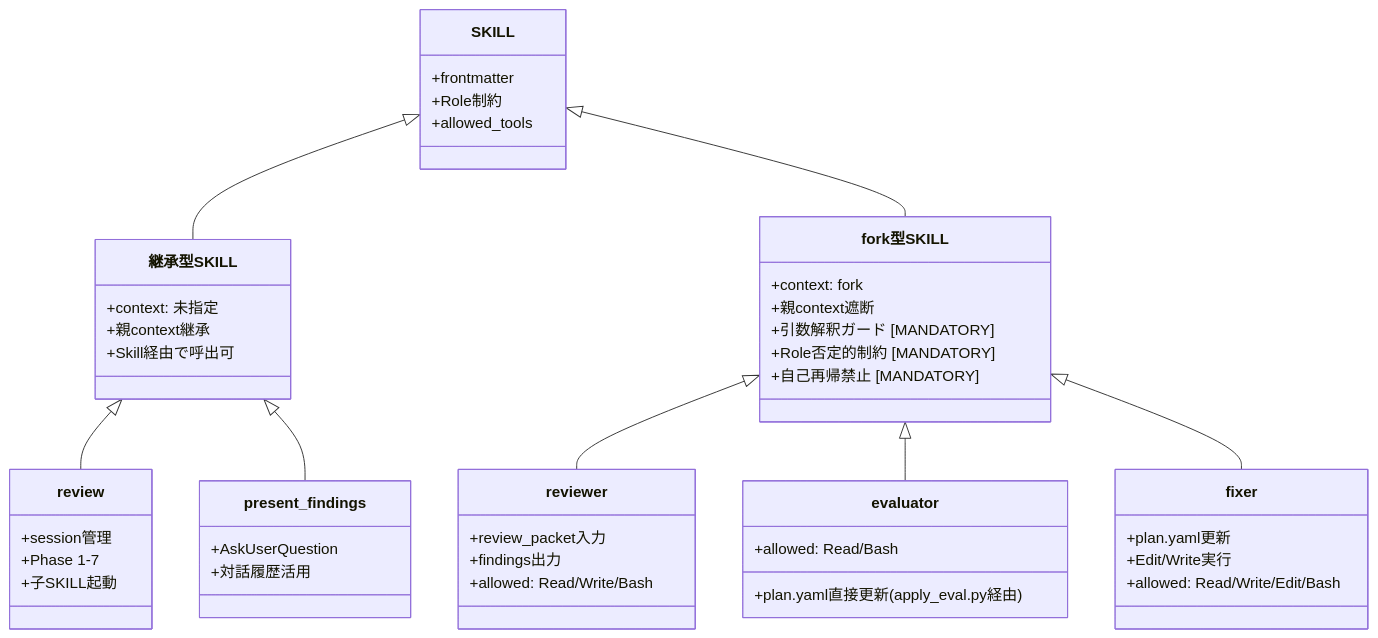
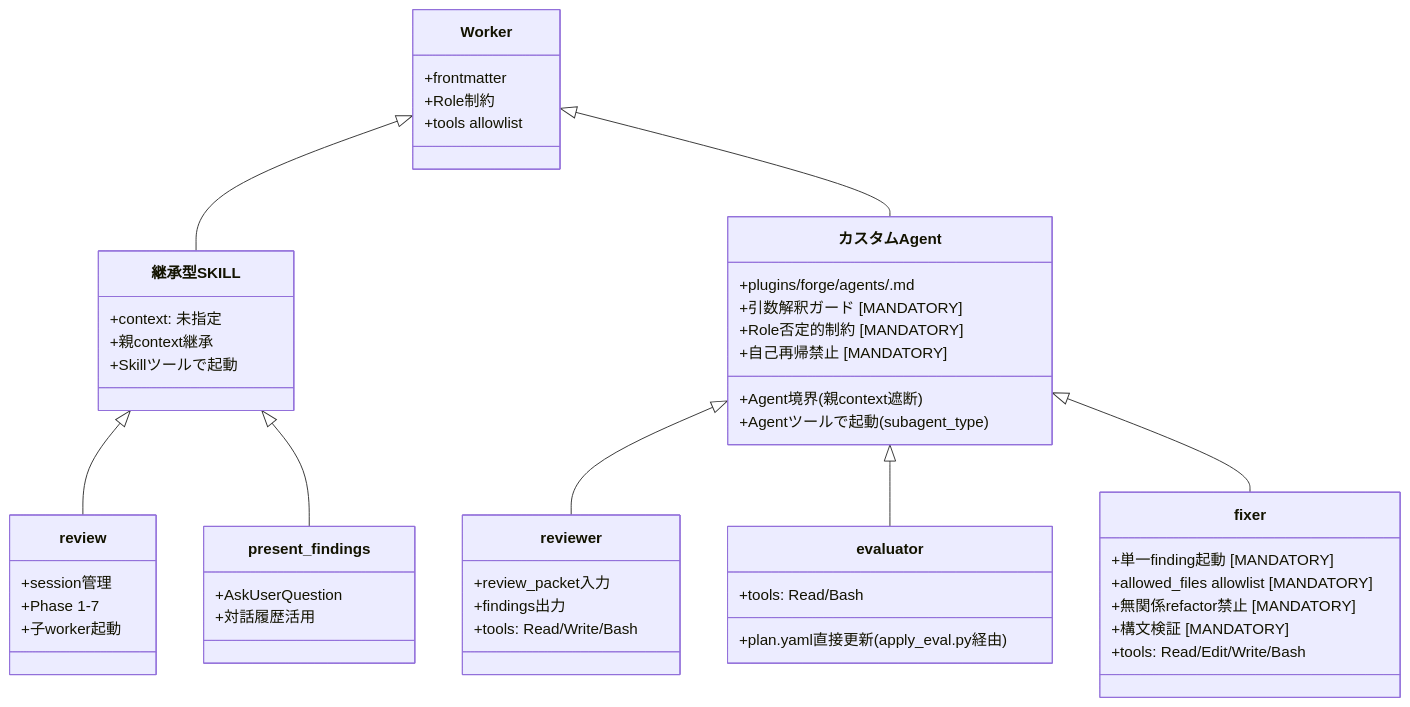
Before and after one commit to BlueEventHorizon/bw-cc-plugins: the second of 4 diagrams in docs/specs/forge/design/DES-029_skill_agent_launch_contract_design.md, drawn with Mermaid. The commit also changed other lines of this file and 19 other files, not shown here.

First line of the commit message:
chore(no-fork-skill): TASK-017 merge-specs fold (REQ-006/DES-032 を既存 spec へ統合)

````diff
--- a/docs/specs/forge/design/DES-029_skill_agent_launch_contract_design.md
+++ b/docs/specs/forge/design/DES-029_skill_agent_launch_contract_design.md
@@ -129,58 +139,61 @@
 ```mermaid
 classDiagram
-    class SKILL {
+    class Worker {
         +frontmatter
         +Role制約
-        +allowed_tools
+        +tools allowlist
     }
 
     class 継承型SKILL {
         +context: 未指定
         +親context継承
-        +Skill経由で呼出可
+        +Skillツールで起動
     }
 
-    class fork型SKILL {
-        +context: fork
-        +親context遮断
+    class カスタムAgent {
+        +plugins/forge/agents/<name>.md
+        +Agent境界(親context遮断)
+        +Agentツールで起動 (subagent_type)
         +引数解釈ガード [MANDATORY]
         +Role否定的制約 [MANDATORY]
         +自己再帰禁止 [MANDATORY]
     }
 
     class review {
         +session管理
         +Phase 1-7
-        +子SKILL起動
+        +子worker起動
     }
 
     class present_findings {
         +AskUserQuestion
         +対話履歴活用
     }
 
     class reviewer {
         +review_packet入力
         +findings出力
-        +allowed: Read/Write/Bash
+        +tools: Read/Write/Bash
     }
 
     class evaluator {
         +plan.yaml直接更新(apply_eval.py経由)
-        +allowed: Read/Bash
+        +tools: Read/Bash
     }
 
     class fixer {
-        +plan.yaml更新
-        +Edit/Write実行
-        +allowed: Read/Write/Edit/Bash
+        +単一finding起動 [MANDATORY]
+        +allowed_files allowlist [MANDATORY]
+        +無関係refactor禁止 [MANDATORY]
+        +構文検証 [MANDATORY]
+        +tools: Read/Edit/Write/Bash
     }
 
-    SKILL <|-- 継承型SKILL
-    SKILL <|-- fork型SKILL
+    Worker <|-- 継承型SKILL
+    Worker <|-- カスタムAgent
     継承型SKILL <|-- review
     継承型SKILL <|-- present_findings
-    fork型SKILL <|-- reviewer
-    fork型SKILL <|-- evaluator
-    fork型SKILL <|-- fixer
+    カスタムAgent <|-- reviewer
+    カスタムAgent <|-- evaluator
+    カスタムAgent <|-- fixer
 ```
````
